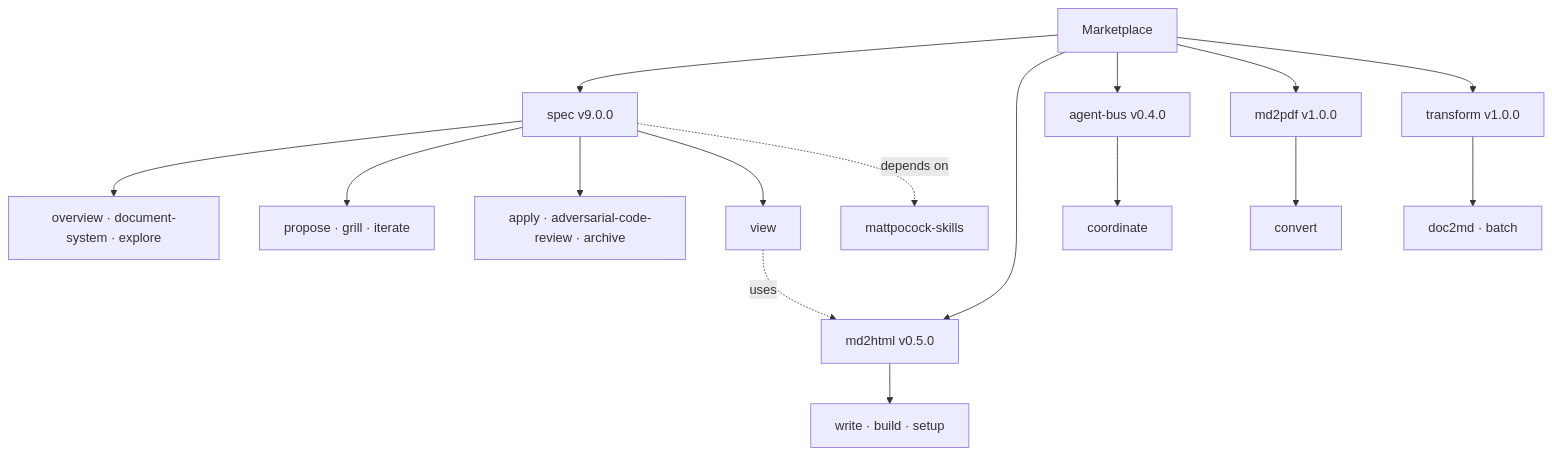
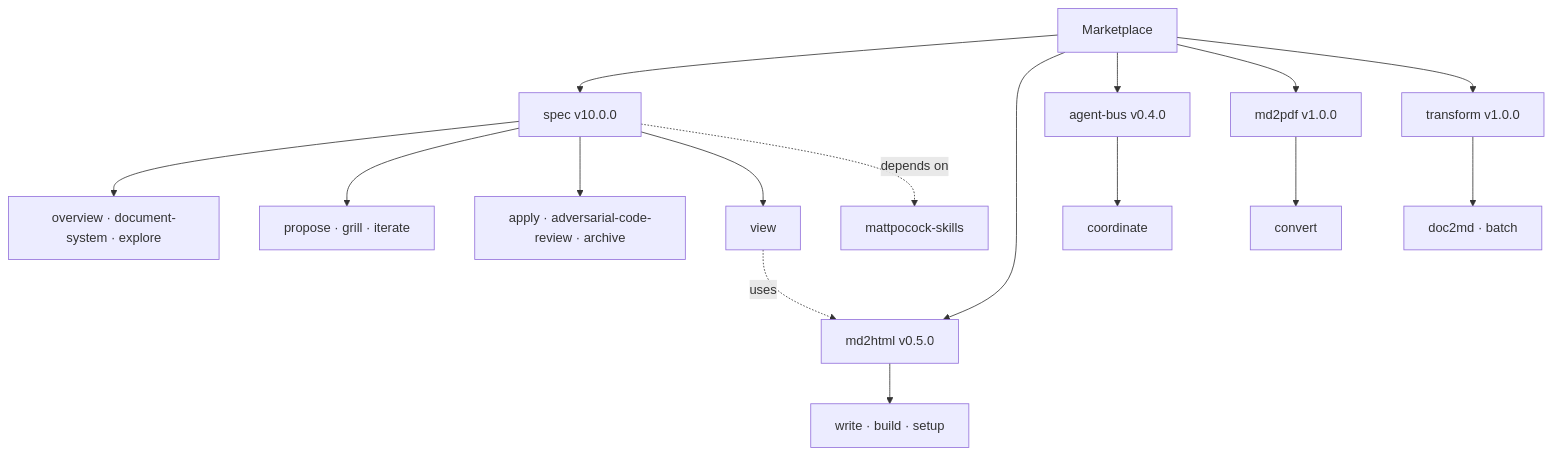
One commit to tillg/till-claude-code-marketplace changed the third of 3 diagrams in specs/system/domain.md. Above: the diagram before and after it, drawn with Mermaid. The commit also changed other lines of this file and 15 other files, not shown here.

````diff
--- a/specs/system/domain.md
+++ b/specs/system/domain.md
@@ -166,20 +167,20 @@
 ```mermaid
 graph TD
-    M[Marketplace] --> S[spec v9.0.0]
+    M[Marketplace] --> S[spec v10.0.0]
     M --> H[md2html v0.5.0]
     M --> B[agent-bus v0.4.0]
     M --> P[md2pdf v1.0.0]
     M --> T[transform v1.0.0]
 
     S --> S1[overview · document-system · explore]
     S --> S2[propose · grill · iterate]
     S --> S3[apply · adversarial-code-review · archive]
     S --> S4[view]
     S -. depends on .-> MP[mattpocock-skills]
     S4 -. uses .-> H
 
     H --> H1[write · build · setup]
     B --> B1[coordinate]
     P --> P1[convert]
     T --> T1[doc2md · batch]
 ```
````
